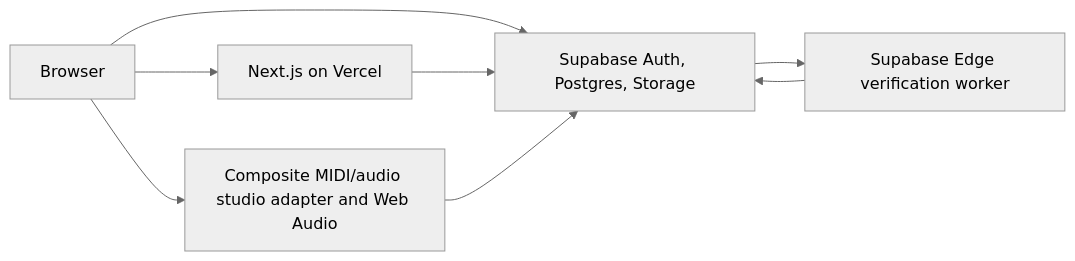
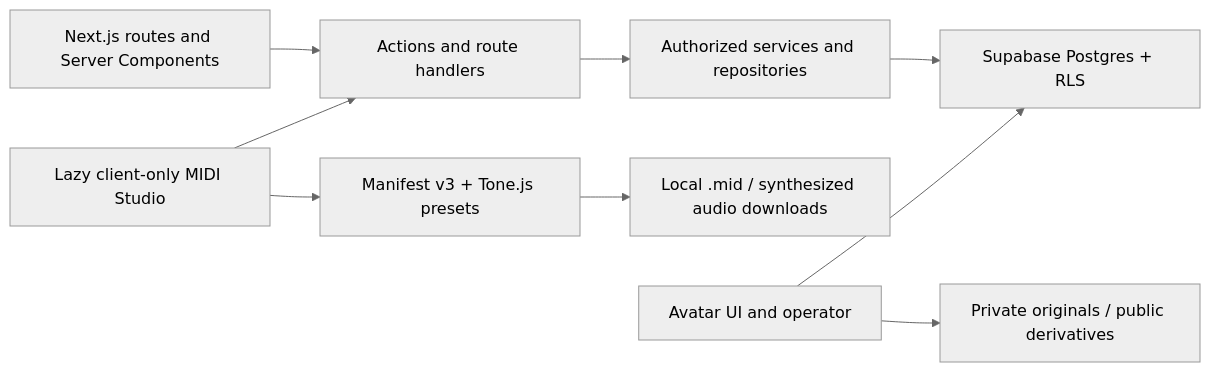
One commit to DBordeleau/JamSession changed the diagram in docs/technical-design/01-system-architecture.md. Above: the diagram before and after it, drawn with Mermaid (neutral theme). The commit also changed other lines of this file and 58 other files, not shown here.

Commit message:
feat: establish MIDI-only clean baseline

````diff
--- a/docs/technical-design/01-system-architecture.md
+++ b/docs/technical-design/01-system-architecture.md
@@ -15,10 +12,11 @@
 ```mermaid
 flowchart LR
-  U["Browser"] --> N["Next.js on Vercel"]
-  U --> S["Supabase Auth, Postgres, Storage"]
-  N --> S
-  U --> O["Composite MIDI/audio studio adapter and Web Audio"]
-  O --> S
-  S --> E["Supabase Edge verification worker"]
-  E --> S
+  UI["Next.js routes and Server Components"] --> Actions["Actions and route handlers"]
+  Actions --> Services["Authorized services and repositories"]
+  Services --> DB["Supabase Postgres + RLS"]
+  Studio["Lazy client-only MIDI Studio"] --> Runtime["Manifest v3 + Tone.js presets"]
+  Studio --> Actions
+  Runtime --> Downloads["Local .mid / synthesized audio downloads"]
+  Avatar["Avatar UI and operator"] --> Storage["Private originals / public derivatives"]
+  Avatar --> DB
 ```
````
